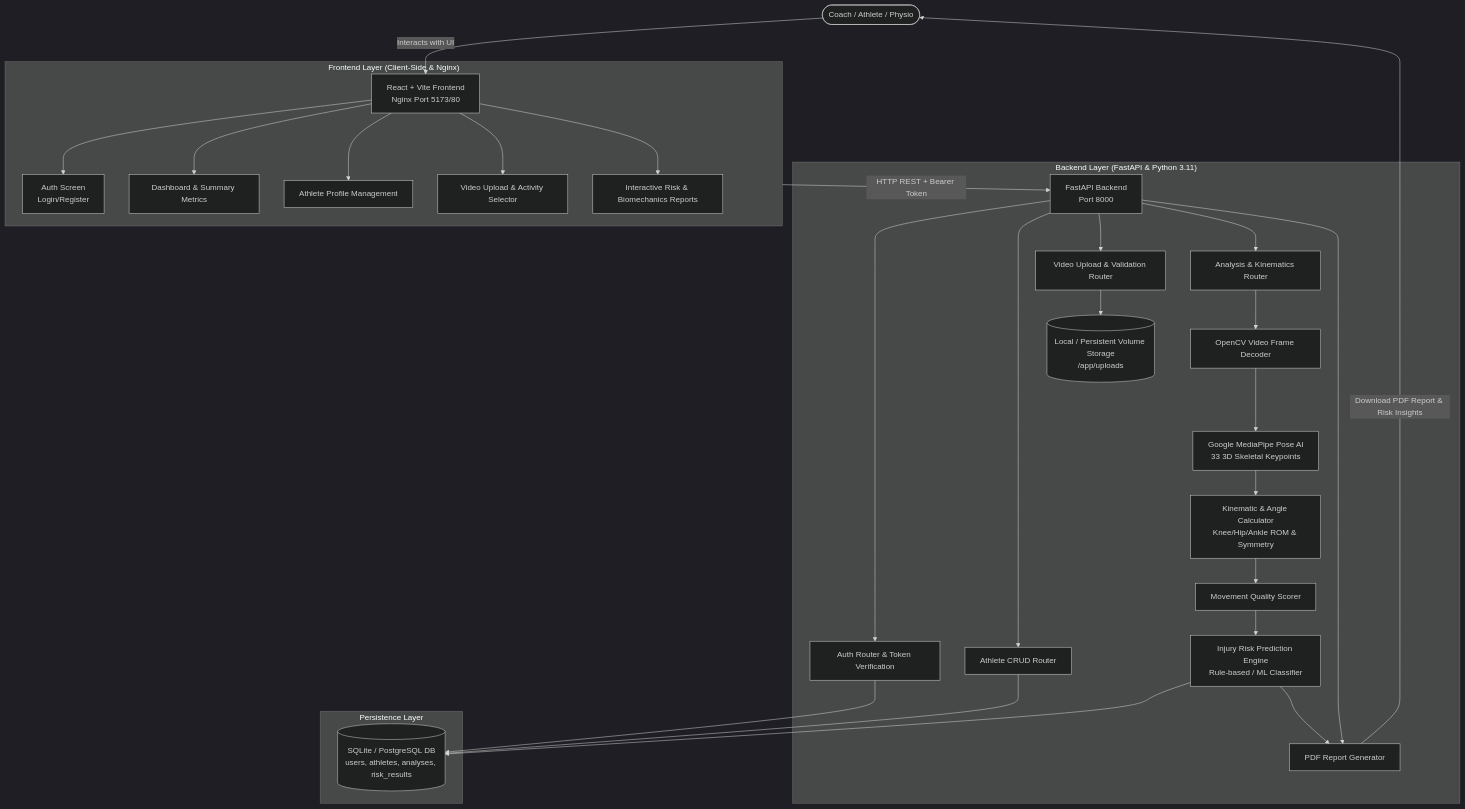
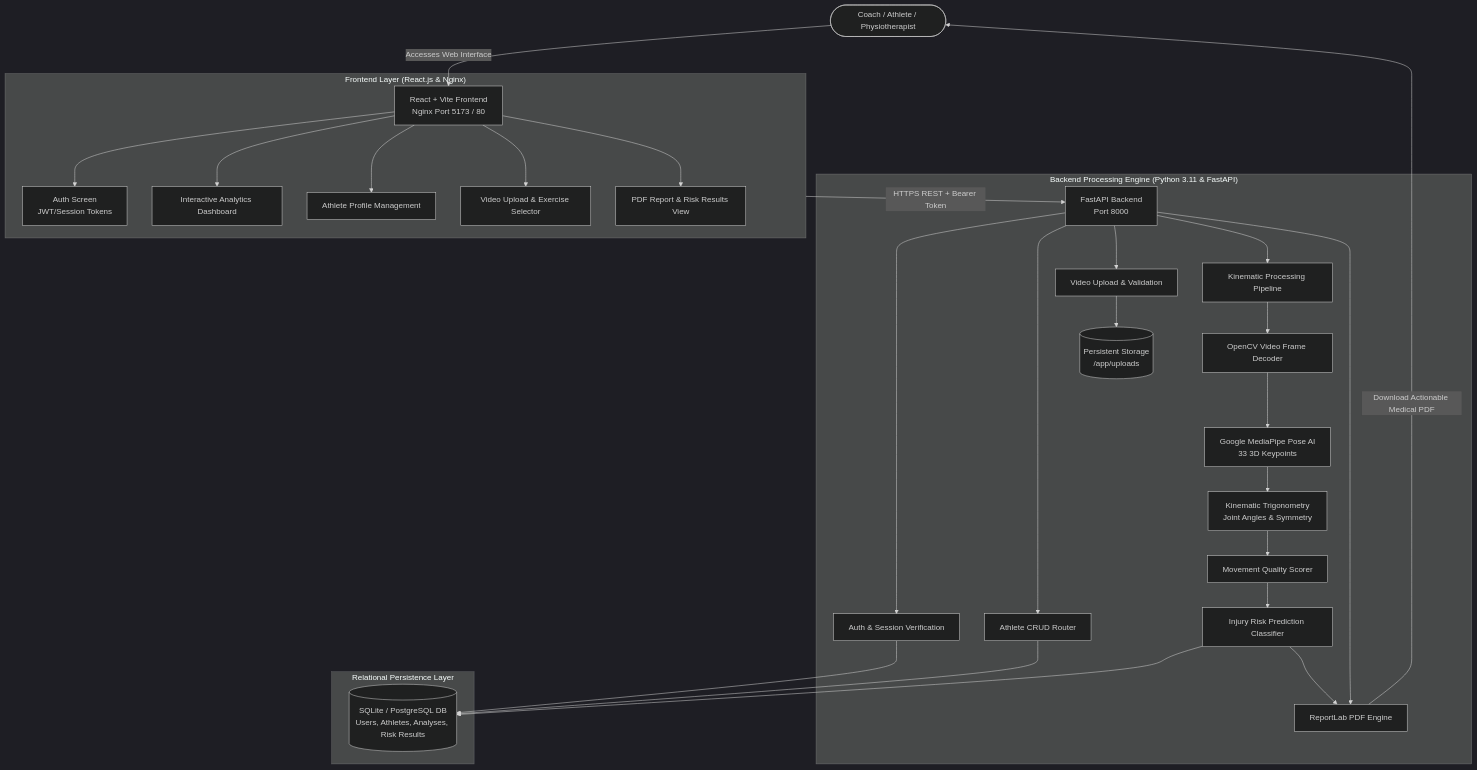
One commit to gopalmvofficial/injury-prediction changed the first of 3 diagrams in SYSTEM_ARCHITECTURE.md. Above: the diagram before and after it, drawn with Mermaid (dark theme). The commit also changed other lines of this file and 3 other files, not shown here.

Commit message:
Enhance technical architecture docs and PDF with cloud hosting guide, 7-phase detailed workflow, benchmarks, and stats

````diff
--- a/SYSTEM_ARCHITECTURE.md
+++ b/SYSTEM_ARCHITECTURE.md
@@ -14,45 +26,45 @@
 ```mermaid
 graph TD
     %% User Layer
-    User([Coach / Athlete / Physio]) -->|Interacts with UI| FE[React + Vite Frontend\nNginx Port 5173/80]
+    User([Coach / Athlete / Physiotherapist]) -->|Accesses Web Interface| FE[React + Vite Frontend\nNginx Port 5173 / 80]
     
     %% Frontend Sub-Components
-    subgraph Frontend_App ["Frontend Layer (Client-Side & Nginx)"]
-        FE --> AuthUI[Auth Screen\nLogin/Register]
-        FE --> DashUI[Dashboard & Summary Metrics]
+    subgraph Frontend_Layer ["Frontend Layer (React.js & Nginx)"]
+        FE --> AuthUI[Auth Screen\nJWT/Session Tokens]
+        FE --> DashUI[Interactive Analytics Dashboard]
         FE --> AthUI[Athlete Profile Management]
-        FE --> VideoUI[Video Upload & Activity Selector]
-        FE --> RepUI[Interactive Risk & Biomechanics Reports]
+        FE --> VideoUI[Video Upload & Exercise Selector]
+        FE --> RepUI[PDF Report & Risk Results View]
     end
 
-    %% Network / API Gateway Layer
-    Frontend_App -->|HTTP REST + Bearer Token| BE[FastAPI Backend\nPort 8000]
+    %% Network & API Gateway
+    Frontend_Layer -->|HTTPS REST + Bearer Token| BE[FastAPI Backend\nPort 8000]
 
     %% Backend Sub-Components
-    subgraph Backend_App ["Backend Layer (FastAPI & Python 3.11)"]
-        BE --> AuthAPI[Auth Router & Token Verification]
+    subgraph Backend_Layer ["Backend Processing Engine (Python 3.11 & FastAPI)"]
+        BE --> AuthAPI[Auth & Session Verification]
         BE --> AthAPI[Athlete CRUD Router]
-        BE --> VidAPI[Video Upload & Validation Router]
-        BE --> AnaAPI[Analysis & Kinematics Router]
-        BE --> RepAPI[PDF Report Generator]
+        BE --> VidAPI[Video Upload & Validation]
+        BE --> AnaAPI[Kinematic Processing Pipeline]
+        BE --> RepAPI[ReportLab PDF Engine]
         
-        %% Core Engines
-        VidAPI --> Storage[(Local / Persistent Volume Storage\n/app/uploads)]
+        %% Computer Vision & Math Engines
+        VidAPI --> Storage[(Persistent Storage\n/app/uploads)]
         AnaAPI --> CV_Engine[OpenCV Video Frame Decoder]
-        CV_Engine --> MP_Engine[Google MediaPipe Pose AI\n33 3D Skeletal Keypoints]
-        MP_Engine --> Bio_Engine[Kinematic & Angle Calculator\nKnee/Hip/Ankle ROM & Symmetry]
+        CV_Engine --> MP_Engine[Google MediaPipe Pose AI\n33 3D Keypoints]
+        MP_Engine --> Bio_Engine[Kinematic Trigonometry\nJoint Angles & Symmetry]
         Bio_Engine --> MQ_Engine[Movement Quality Scorer]
-        MQ_Engine --> Risk_Engine[Injury Risk Prediction Engine\nRule-based / ML Classifier]
+        MQ_Engine --> Risk_Engine[Injury Risk Prediction Classifier]
     end
 
-    %% Database Layer
-    subgraph Database_Layer ["Persistence Layer"]
-        AuthAPI --> DB[(SQLite / PostgreSQL DB\nusers, athletes, analyses, risk_results)]
+    %% Persistence Layer
+    subgraph Database_Layer ["Relational Persistence Layer"]
+        AuthAPI --> DB[(SQLite / PostgreSQL DB\nUsers, Athletes, Analyses, Risk Results)]
         AthAPI --> DB
         Risk_Engine --> DB
     end
 
     %% Output
     Risk_Engine --> RepAPI
-    RepAPI -->|Download PDF Report & Risk Insights| User
+    RepAPI -->|Download Actionable Medical PDF| User
 ```
````
